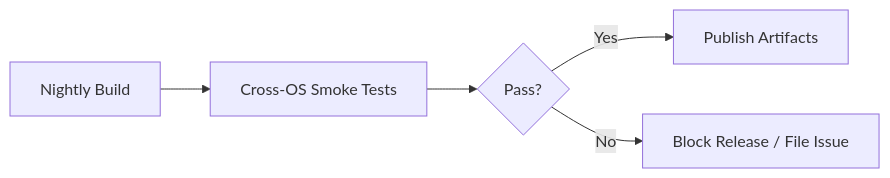
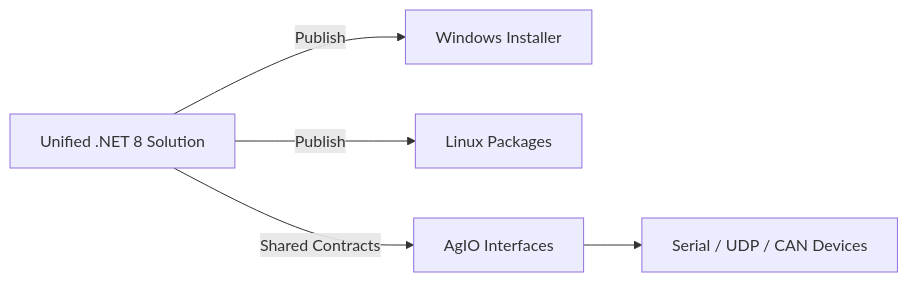
One commit to FortneyMFG/AgOpenGPS-Nexus changed the diagram in docs/SRS/sections/1X_Platform_Foundations/11-O1_Unified_DotNet8_Avalonia.md. Above: the diagram before and after it, drawn with Mermaid. The commit also changed other lines of this file and 3 other files, not shown here.

````diff
--- a/docs/SRS/sections/1X_Platform_Foundations/11-O1_Unified_DotNet8_Avalonia.md
+++ b/docs/SRS/sections/1X_Platform_Foundations/11-O1_Unified_DotNet8_Avalonia.md
@@ -178,7 +81,7 @@
 ```mermaid
 flowchart LR
-  A[Nightly Build] --> B[Cross-OS Smoke Tests]
-  B --> C{Pass?}
-  C -->|Yes| D[Publish Artifacts]
-  C -->|No| E[Block Release / File Issue]
+  Solution[Unified .NET 8 Solution] -->|Publish| Win[Windows Installer]
+  Solution -->|Publish| Linux[Linux Packages]
+  Solution -->|Shared Contracts| AgIO[AgIO Interfaces]
+  AgIO --> Devices[Serial / UDP / CAN Devices]
 ```
````
